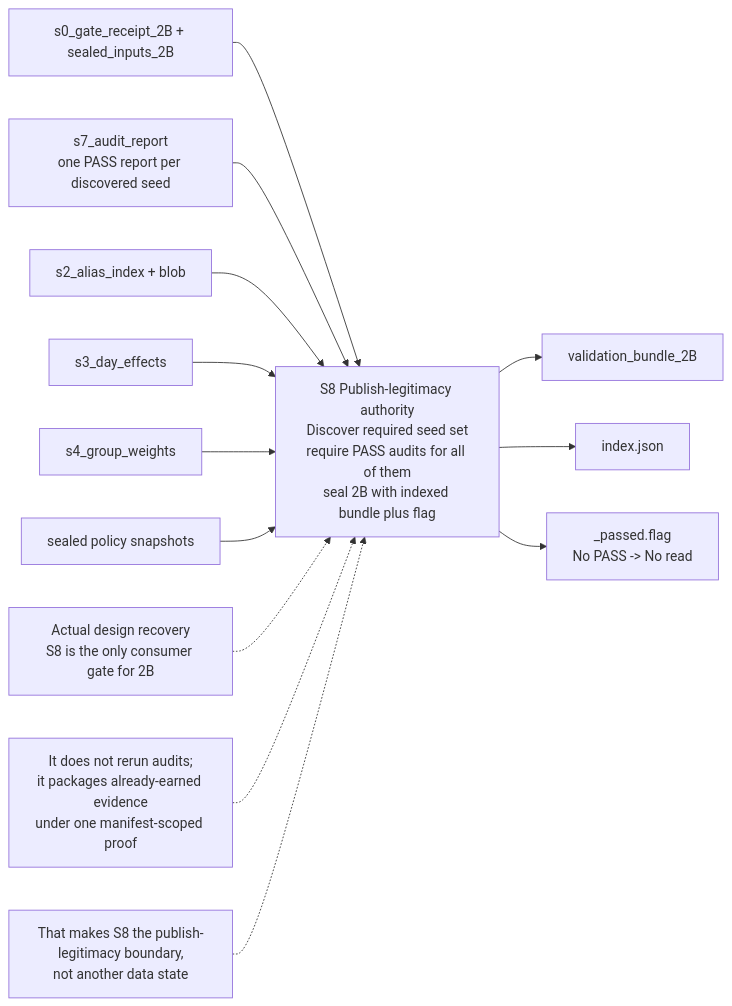
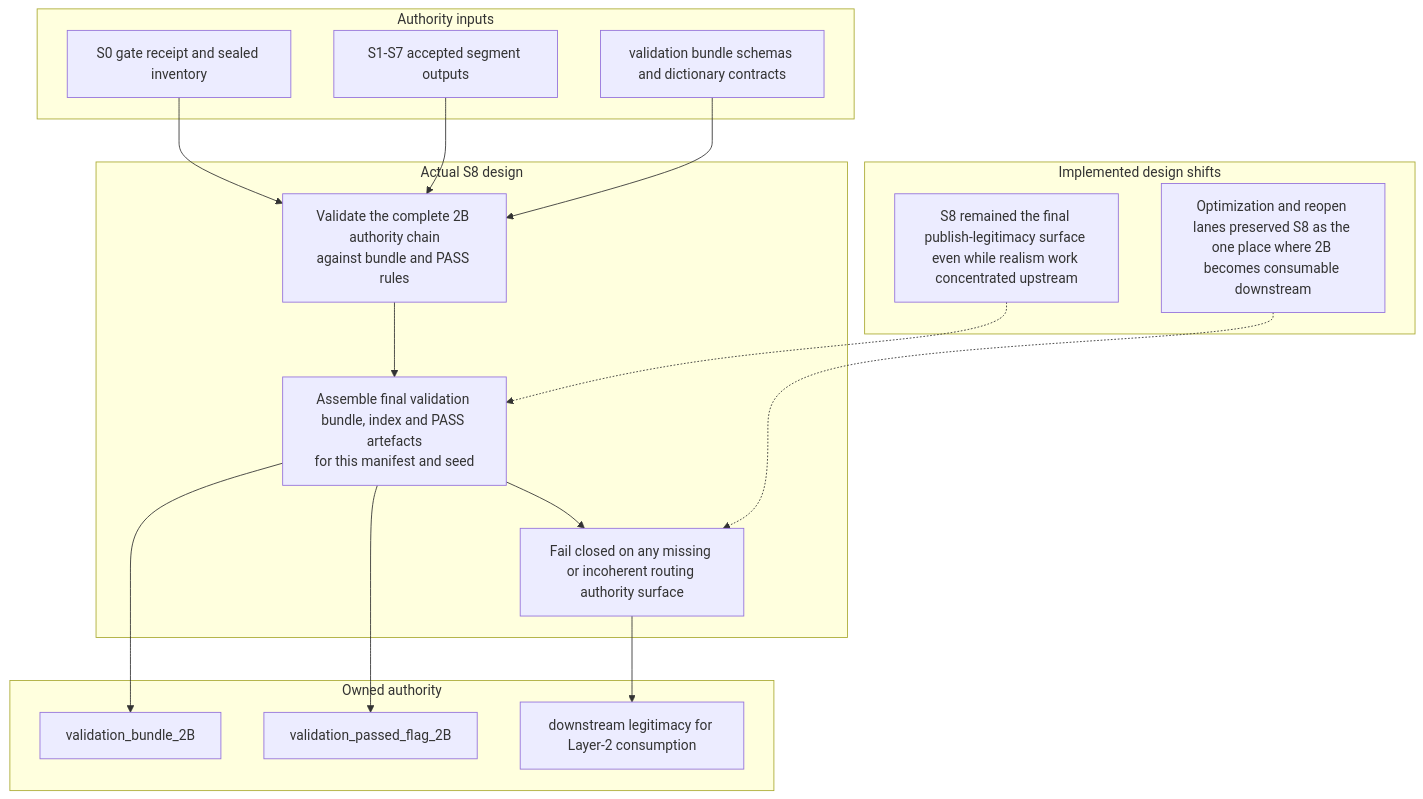
The diagram in docs/design/data-engine/layer-1/2B/2B-S8-design-flow.mmd (EsosaOrumwese/fraud-detection-system), drawn with Mermaid before and after one commit. The commit also changed 56 other files, not shown here.

First line of the commit message:
Refactor design flows for segments 3B and 5A to enhance clarity and authority structure

```diff
--- a/docs/design/data-engine/layer-1/2B/2B-S8-design-flow.mmd
+++ b/docs/design/data-engine/layer-1/2B/2B-S8-design-flow.mmd
@@ -1,32 +1,34 @@
-flowchart LR
-  I1["s0_gate_receipt_2B + sealed_inputs_2B"]
-  I2["s7_audit_report<br/>one PASS report per discovered seed"]
-  I3["s2_alias_index + blob"]
-  I4["s3_day_effects"]
-  I5["s4_group_weights"]
-  I6["sealed policy snapshots"]
+flowchart TD
+  subgraph inputs["Authority inputs"]
+    I1["S0 gate receipt and sealed inventory"]
+    I2["S1-S7 accepted segment outputs"]
+    I3["validation bundle schemas and dictionary contracts"]
+  end
 
-  S8["S8 Publish-legitimacy authority<br/>Discover required seed set<br/>require PASS audits for all of them<br/>seal 2B with indexed bundle plus flag"]
+  subgraph core["Actual S8 design"]
+    C1["Validate the complete 2B authority chain<br/>against bundle and PASS rules"]
+    C2["Assemble final validation bundle, index and PASS artefacts<br/>for this manifest and seed"]
+    C3["Fail closed on any missing or incoherent routing authority surface"]
+  end
 
-  O1["validation_bundle_2B"]
-  O2["index.json"]
-  O3["_passed.flag<br/>No PASS -> No read"]
+  subgraph shifts["Implemented design shifts"]
+    S1["S8 remained the final publish-legitimacy surface even while realism work concentrated upstream"]
+    S2["Optimization and reopen lanes preserved S8 as the one place where 2B becomes consumable downstream"]
+  end
 
-  I1 --> S8
-  I2 --> S8
-  I3 --> S8
-  I4 --> S8
-  I5 --> S8
-  I6 --> S8
+  subgraph outputs["Owned authority"]
+    O1["validation_bundle_2B"]
+    O2["validation_passed_flag_2B"]
+    O3["downstream legitimacy for Layer-2 consumption"]
+  end
 
-  S8 --> O1
-  S8 --> O2
-  S8 --> O3
+  I1 --> C1
+  I2 --> C1
+  I3 --> C1
+  C1 --> C2 --> C3
+  C2 --> O1
+  C2 --> O2
+  C3 --> O3
 
-  R1["Actual design recovery<br/>S8 is the only consumer gate for 2B"]
-  R2["It does not rerun audits;<br/>it packages already-earned evidence<br/>under one manifest-scoped proof"]
-  R3["That makes S8 the publish-legitimacy boundary,<br/>not another data state"]
-
-  R1 -.-> S8
-  R2 -.-> S8
-  R3 -.-> S8
+  S1 -.-> C2
+  S2 -.-> C3
```
